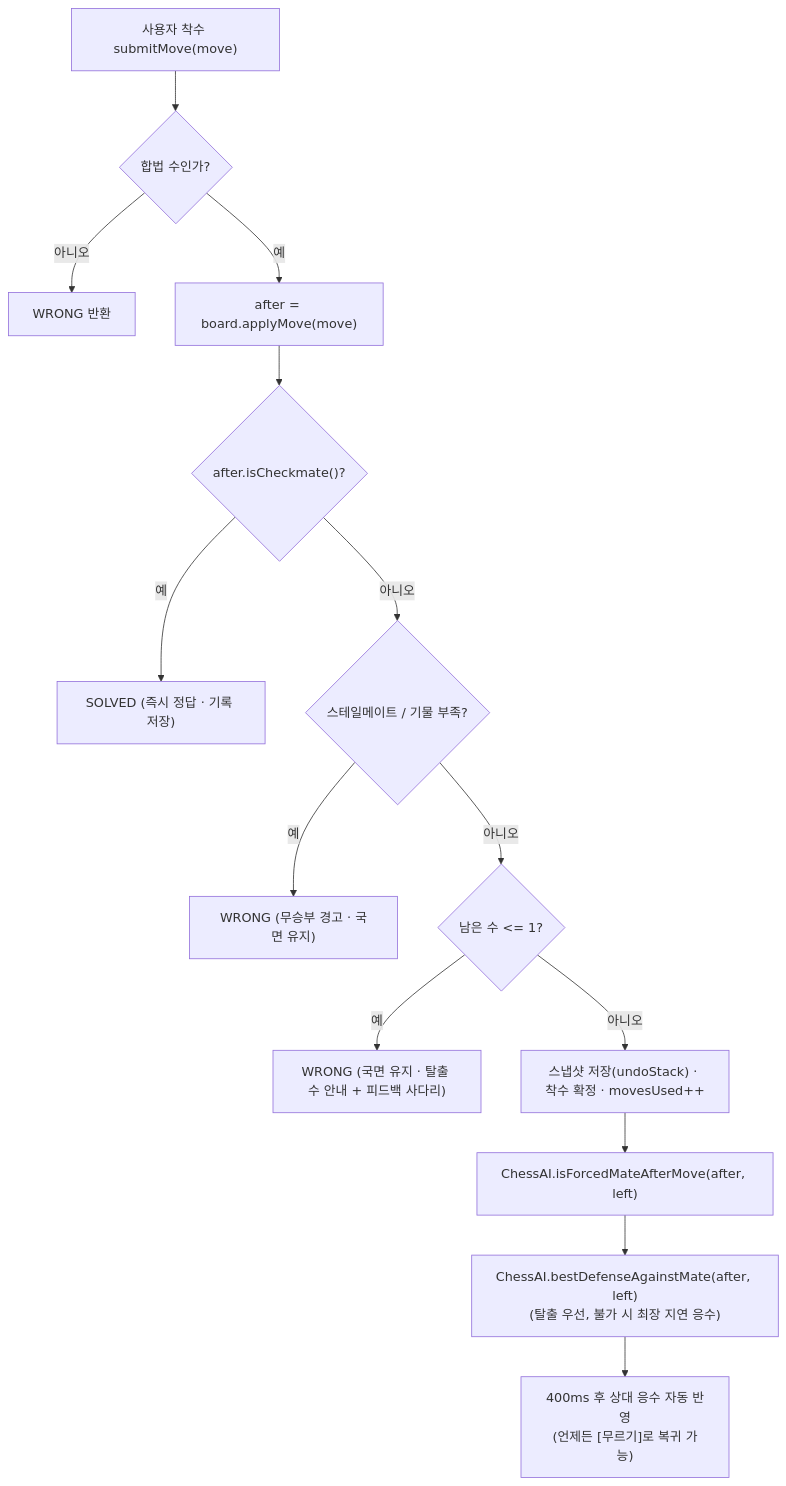
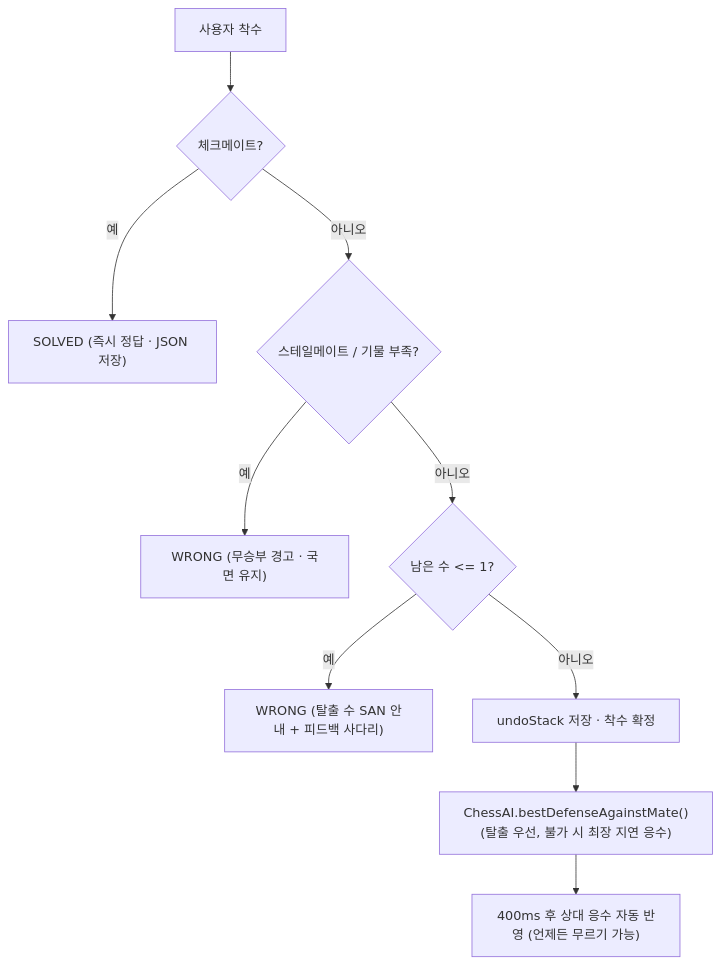
Before and after one commit to OOP-TeamA/chess-trainer: the third of 3 diagrams in docs/architecture.md, drawn with Mermaid. The commit also changed other lines of this file and 73 other files, not shown here.

````diff
--- a/docs/architecture.md
+++ b/docs/architecture.md
@@ -208,16 +184,12 @@
 ```mermaid
 flowchart TD
-    Start["사용자 착수 submitMove(move)"] --> Legal{"합법 수인가?"}
-    Legal -- 아니오 --> Wrong["WRONG 반환"]
-    Legal -- 예 --> Apply["after = board.applyMove(move)"]
-    Apply --> Mate{"after.isCheckmate()?"}
-    Mate -- 예 --> Solved["SOLVED (즉시 정답 · 기록 저장)"]
+    Move["사용자 착수"] --> Mate{"체크메이트?"}
+    Mate -- 예 --> Win["SOLVED (즉시 정답 · JSON 저장)"]
     Mate -- 아니오 --> Draw{"스테일메이트 / 기물 부족?"}
-    Draw -- 예 --> RejectDraw["WRONG (무승부 경고 · 국면 유지)"]
+    Draw -- 예 --> Reject["WRONG (무승부 경고 · 국면 유지)"]
     Draw -- 아니오 --> Last{"남은 수 <= 1?"}
-    Last -- 예 --> FailLast["WRONG (국면 유지 · 탈출 수 안내 + 피드백 사다리)"]
-    Last -- 아니오 --> Commit["스냅샷 저장(undoStack) · 착수 확정 · movesUsed++"]
-    Commit --> CheckForce["ChessAI.isForcedMateAfterMove(after, left)"]
-    CheckForce --> Defense["ChessAI.bestDefenseAgainstMate(after, left)<br/>(탈출 우선, 불가 시 최장 지연 응수)"]
-    Defense --> Timer["400ms 후 상대 응수 자동 반영<br/>(언제든 [무르기]로 복귀 가능)"]
+    Last -- 예 --> Fail["WRONG (탈출 수 SAN 안내 + 피드백 사다리)"]
+    Last -- 아니오 --> Commit["undoStack 저장 · 착수 확정"]
+    Commit --> Reply["ChessAI.bestDefenseAgainstMate()<br/>(탈출 우선, 불가 시 최장 지연 응수)"]
+    Reply --> Apply["400ms 후 상대 응수 자동 반영 (언제든 무르기 가능)"]
 ```
````
